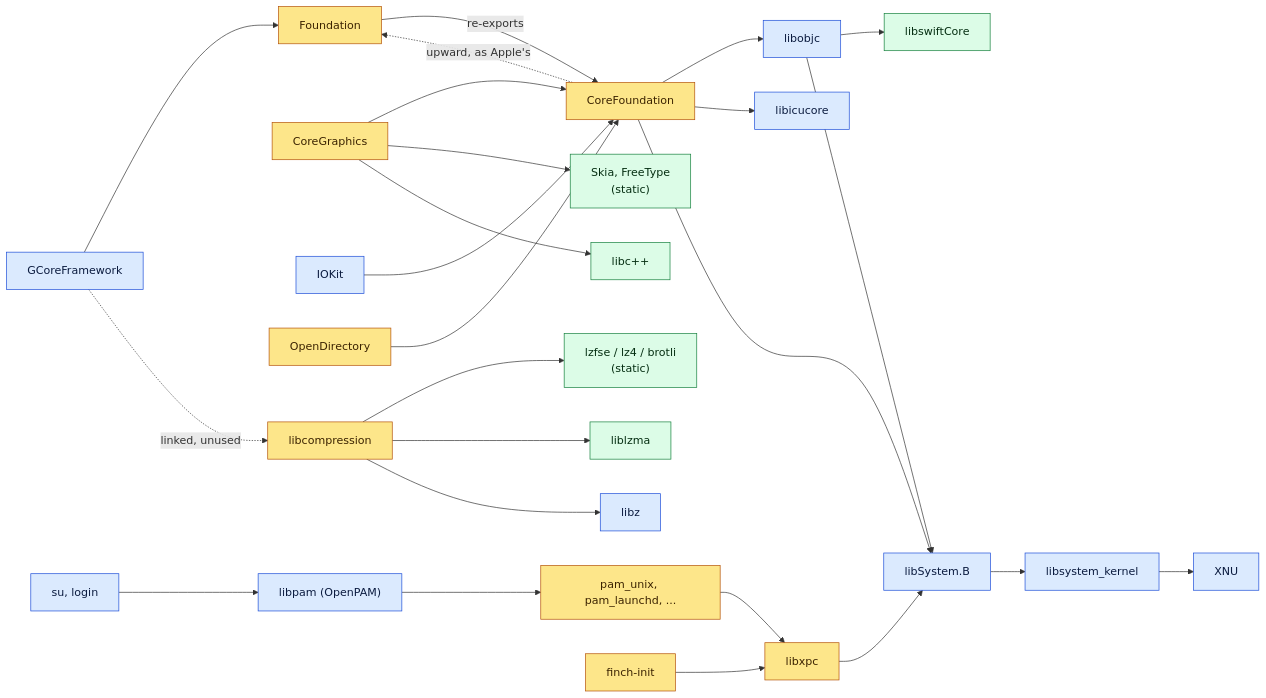
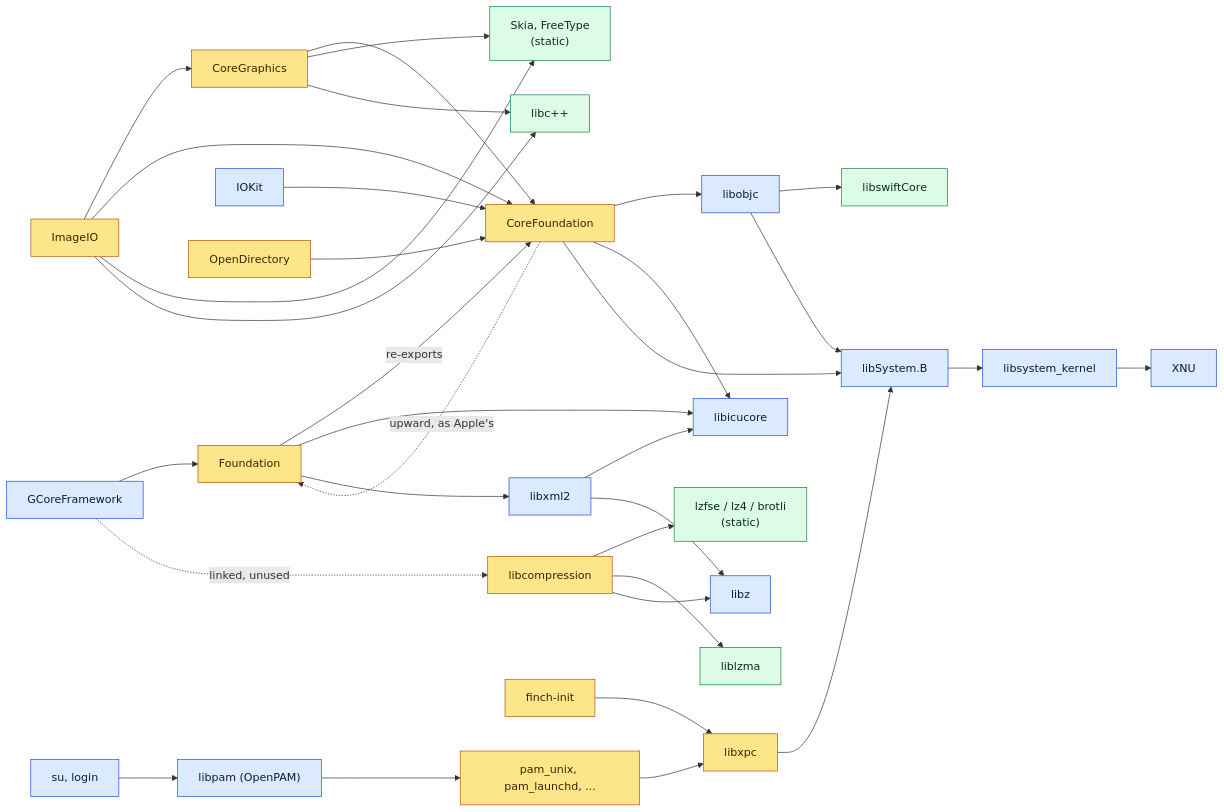
One commit to calebtrueman/finch changed the second of 2 diagrams in docs/STACK.md. Above: the diagram before and after it, drawn with Mermaid. The commit also changed other lines of this file and 45 other files, not shown here.

````diff
--- a/docs/STACK.md
+++ b/docs/STACK.md
@@ -136,54 +139,64 @@
 ```mermaid
 flowchart LR
     classDef apple fill:#dbeafe,stroke:#1d4ed8,color:#0b1b3f
     classDef finch fill:#fde68a,stroke:#b45309,color:#3b2300
     classDef upstream fill:#dcfce7,stroke:#15803d,color:#052e12
     classDef planned fill:#f3f4f6,stroke:#9ca3af,color:#6b7280,stroke-dasharray:4 3
     classDef closed fill:#ffffff,stroke:#b91c1c,color:#b91c1c,stroke-width:2px
 
     gcore["GCoreFramework"]:::apple
     ffound["Foundation"]:::finch
     cgfw["CoreGraphics"]:::finch
+    imageio["ImageIO"]:::finch
     skialib["Skia, FreeType<br/>(static)"]:::upstream
     cxxlib["libc++"]:::upstream
     cf["CoreFoundation"]:::finch
     iokit["IOKit"]:::apple
     od["OpenDirectory"]:::finch
     objc["libobjc"]:::apple
     swift["libswiftCore"]:::upstream
     icu["libicucore"]:::apple
+    xml["libxml2"]:::apple
     comp["libcompression"]:::finch
     codecs["lzfse / lz4 / brotli<br/>(static)"]:::upstream
     lzma["liblzma"]:::upstream
     z["libz"]:::apple
     pamlib["libpam (OpenPAM)"]:::apple
     pammods["pam_unix, pam_launchd, ..."]:::finch
     su["su, login"]:::apple
     xpc["libxpc"]:::finch
     init["finch-init"]:::finch
     sys["libSystem.B"]:::apple
     kern["libsystem_kernel"]:::apple
     xnu["XNU"]:::apple
 
     gcore --> ffound
     gcore -.->|"linked, unused"| comp
     ffound -->|"re-exports"| cf
     cf -.->|"upward, as Apple's"| ffound
     cf --> objc --> swift
     cf --> icu
+    ffound --> icu
+    ffound --> xml
+    xml --> icu
+    xml --> z
     iokit --> cf
     cgfw --> cf
     cgfw --> skialib
     cgfw --> cxxlib
+    imageio --> cgfw
+    imageio --> cf
+    imageio --> skialib
+    imageio --> cxxlib
     od --> cf
     comp --> codecs
     comp --> lzma
     comp --> z
     su --> pamlib --> pammods
     pammods --> xpc
     init --> xpc
     cf --> sys
     objc --> sys
     xpc --> sys
     sys --> kern --> xnu
 ```
````
